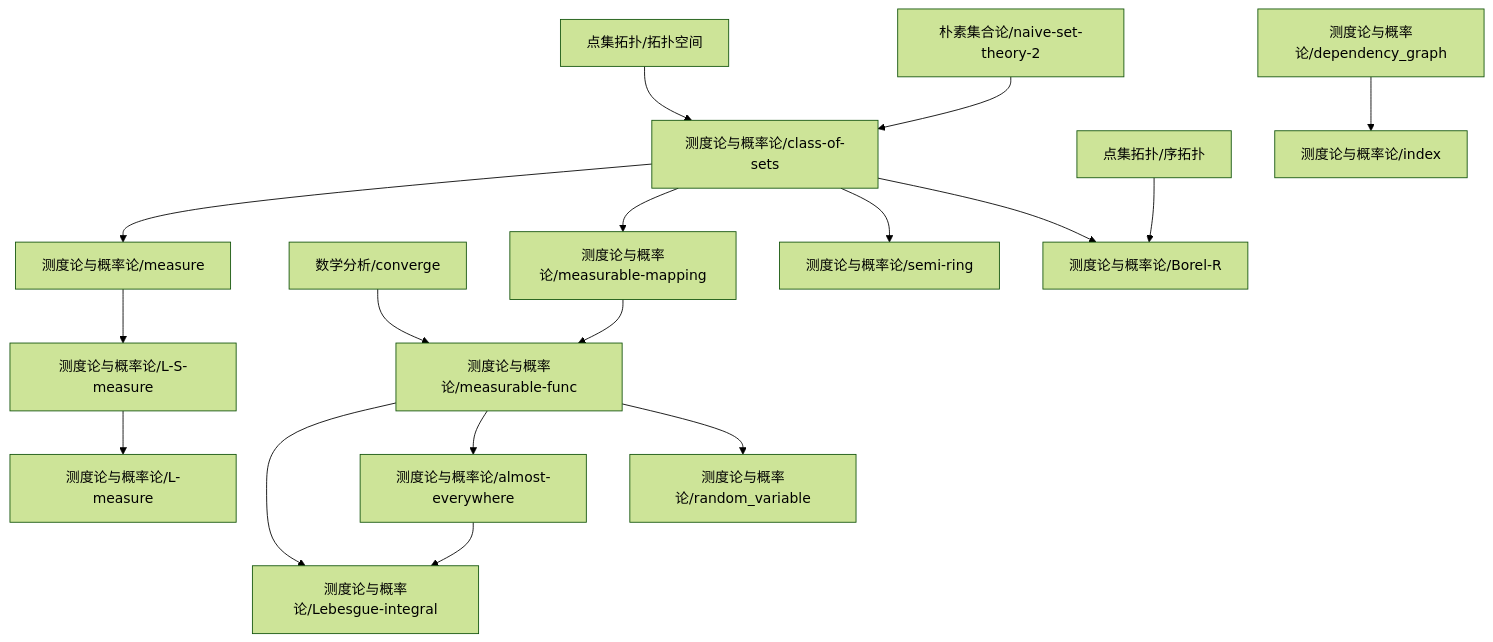
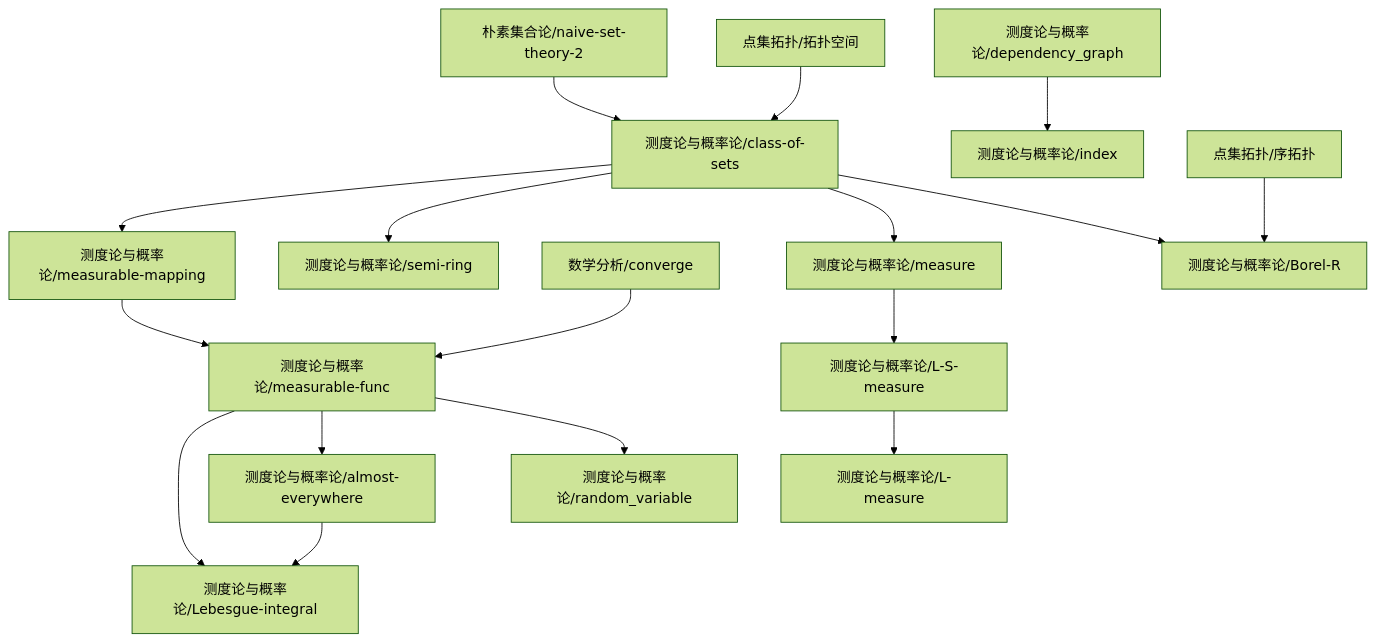
One commit to zeroDtree/zeroDtree.github.io changed the diagram in content/测度论与概率论/dependency_graph.md. Above: the diagram before and after it, drawn with Mermaid (forest theme). The commit also changed 11 other files, not shown here.

````diff
--- a/content/测度论与概率论/dependency_graph.md
+++ b/content/测度论与概率论/dependency_graph.md
@@ -1,19 +1,19 @@
 ```mermaid
 graph TD
 1["朴素集合论/naive-set-theory-2"] --> 0["测度论与概率论/class-of-sets"]
 2["点集拓扑/拓扑空间"] --> 0["测度论与概率论/class-of-sets"]
-4["测度论与概率论/measurable-mapping"] --> 3["测度论与概率论/measurable-func"]
-5["数学分析/converge"] --> 3["测度论与概率论/measurable-func"]
-7["测度论与概率论/measure"] --> 6["测度论与概率论/L-S-measure"]
-3["测度论与概率论/measurable-func"] --> 8["测度论与概率论/random_variable"]
-0["测度论与概率论/class-of-sets"] --> 9["测度论与概率论/Borel-R"]
-10["点集拓扑/序拓扑"] --> 9["测度论与概率论/Borel-R"]
-0["测度论与概率论/class-of-sets"] --> 11["测度论与概率论/semi-ring"]
-6["测度论与概率论/L-S-measure"] --> 12["测度论与概率论/L-measure"]
-14["测度论与概率论/dependency_graph"] --> 13["测度论与概率论/index"]
-3["测度论与概率论/measurable-func"] --> 15["测度论与概率论/almost-everywhere"]
-0["测度论与概率论/class-of-sets"] --> 4["测度论与概率论/measurable-mapping"]
-0["测度论与概率论/class-of-sets"] --> 7["测度论与概率论/measure"]
-3["测度论与概率论/measurable-func"] --> 16["测度论与概率论/Lebesgue-integral"]
-15["测度论与概率论/almost-everywhere"] --> 16["测度论与概率论/Lebesgue-integral"]
+4["测度论与概率论/measurable-func"] --> 3["测度论与概率论/Lebesgue-integral"]
+5["测度论与概率论/almost-everywhere"] --> 3["测度论与概率论/Lebesgue-integral"]
+0["测度论与概率论/class-of-sets"] --> 6["测度论与概率论/measurable-mapping"]
+8["测度论与概率论/measure"] --> 7["测度论与概率论/L-S-measure"]
+6["测度论与概率论/measurable-mapping"] --> 4["测度论与概率论/measurable-func"]
+9["数学分析/converge"] --> 4["测度论与概率论/measurable-func"]
+0["测度论与概率论/class-of-sets"] --> 10["测度论与概率论/semi-ring"]
+4["测度论与概率论/measurable-func"] --> 5["测度论与概率论/almost-everywhere"]
+4["测度论与概率论/measurable-func"] --> 11["测度论与概率论/random_variable"]
+13["测度论与概率论/dependency_graph"] --> 12["测度论与概率论/index"]
+0["测度论与概率论/class-of-sets"] --> 8["测度论与概率论/measure"]
+7["测度论与概率论/L-S-measure"] --> 14["测度论与概率论/L-measure"]
+0["测度论与概率论/class-of-sets"] --> 15["测度论与概率论/Borel-R"]
+16["点集拓扑/序拓扑"] --> 15["测度论与概率论/Borel-R"]
 ```
````
